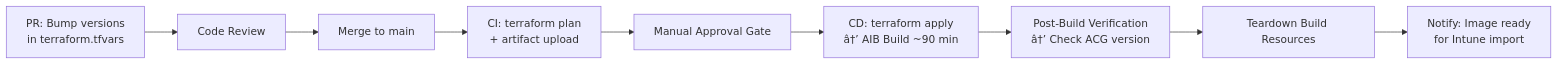
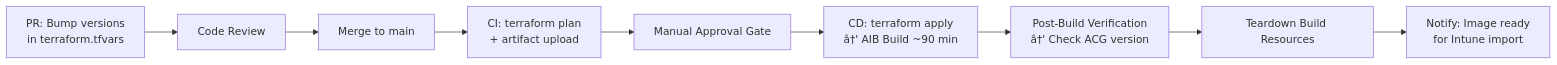
The fifth of 6 diagrams in README.md (kkaminsk/W365ClawBook), drawn with Mermaid before and after one commit. The commit also changed other lines of this file, not shown here.

````diff
--- a/README.md
+++ b/README.md
@@ -2085,11 +2113,11 @@
 ```mermaid
 graph LR
     PR[PR: Bump versions<br/>in terraform.tfvars] --> REVIEW[Code Review]
     REVIEW --> MERGE[Merge to main]
     MERGE --> PLAN[CI: terraform plan<br/>+ artifact upload]
     PLAN --> APPROVE[Manual Approval Gate]
-    APPROVE --> APPLY[CD: terraform apply<br/>â†’ AIB Build ~90 min]
-    APPLY --> VERIFY[Post-Build Verification<br/>â†’ Check ACG version]
+    APPROVE --> APPLY[CD: terraform apply<br/>â†' AIB Build ~90 min]
+    APPLY --> VERIFY[Post-Build Verification<br/>â†' Check ACG version]
     VERIFY --> TEARDOWN[Teardown Build Resources]
     TEARDOWN --> NOTIFY[Notify: Image ready<br/>for Intune import]
 ```
````
